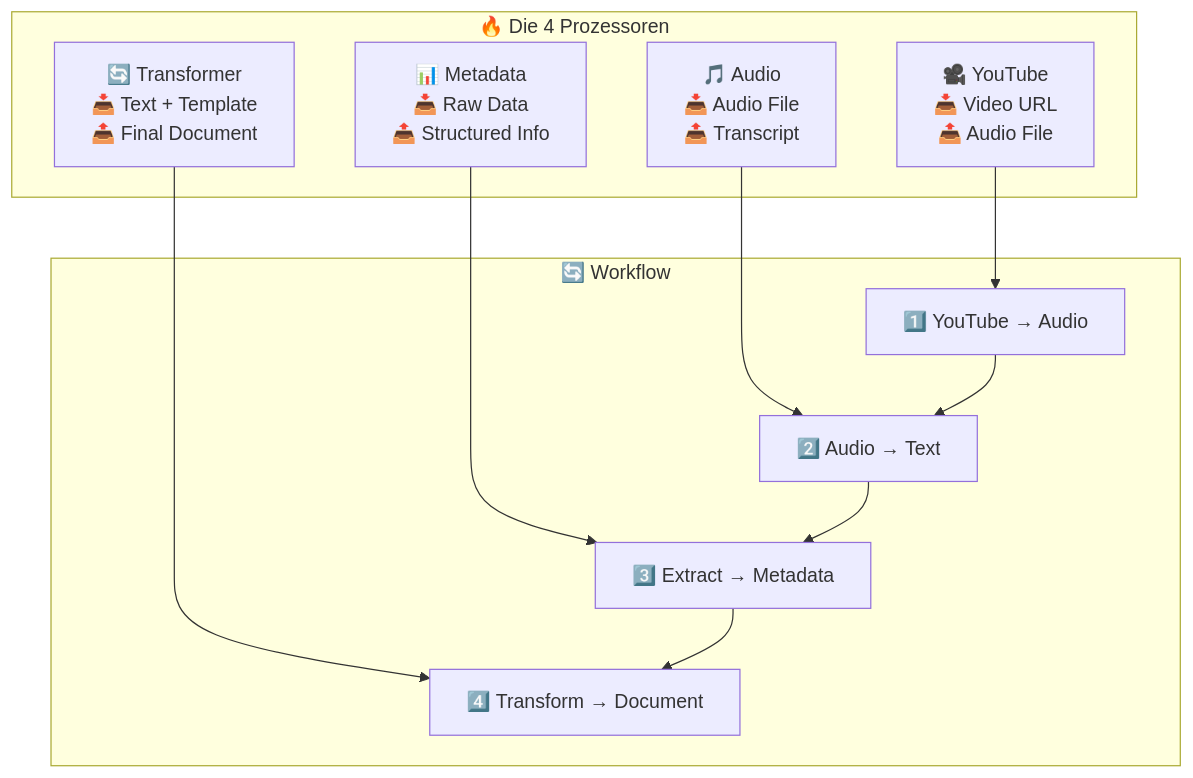
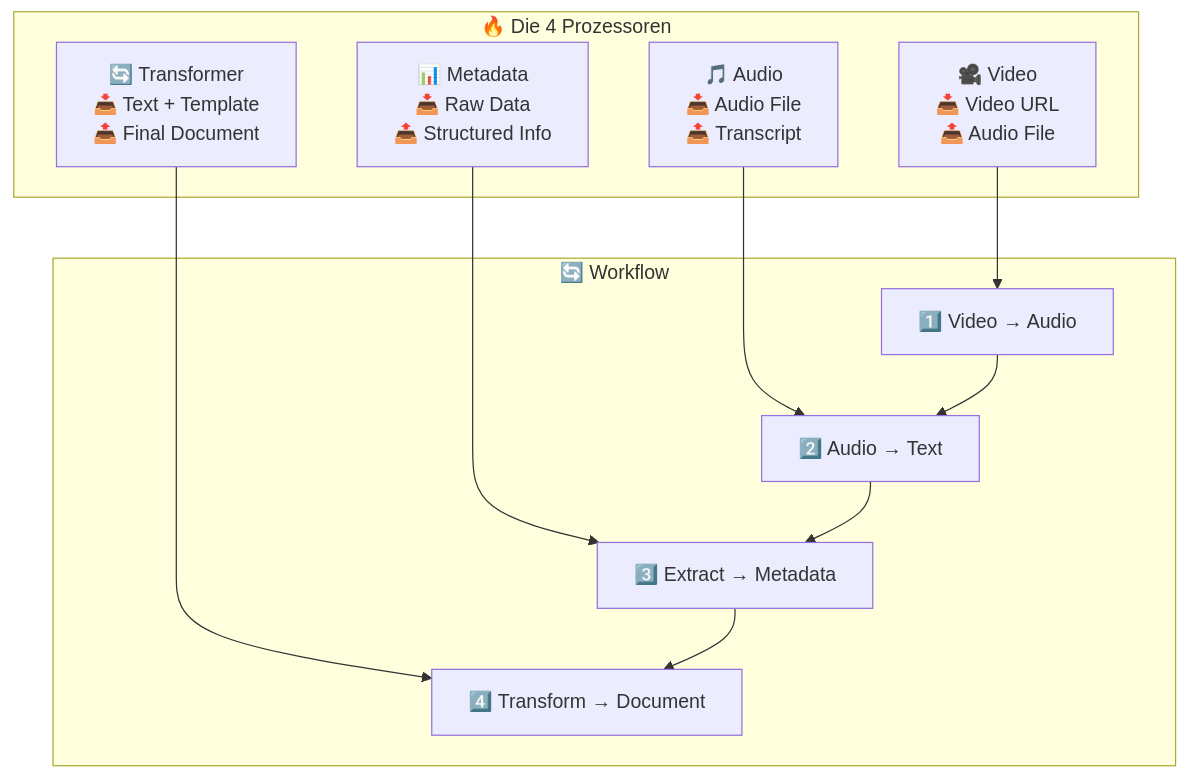
One commit to bCommonsLAB/CommonSecretaryServices changed the fifth of 7 diagrams in docs/powerpoint/Secretary_Services_Präsentation.md. Above: the diagram before and after it, drawn with Mermaid. The commit also changed other lines of this file and 1 other file, not shown here.

````diff
--- a/docs/powerpoint/Secretary_Services_Präsentation.md
+++ b/docs/powerpoint/Secretary_Services_Präsentation.md
@@ -265,25 +265,25 @@
 ```mermaid
 graph TD
     subgraph "🔥 Die 4 Prozessoren"
-        A["🎥 YouTube<br/>📥 Video URL<br/>📤 Audio File"]
+        A["🎥 Video<br/>📥 Video URL<br/>📤 Audio File"]
         B["🎵 Audio<br/>📥 Audio File<br/>📤 Transcript"]
         C["📊 Metadata<br/>📥 Raw Data<br/>📤 Structured Info"]
         D["🔄 Transformer<br/>📥 Text + Template<br/>📤 Final Document"]
     end
     
     subgraph "🔄 Workflow"
-        E["1️⃣ YouTube → Audio"]
+        E["1️⃣ Video → Audio"]
         F["2️⃣ Audio → Text"]
         G["3️⃣ Extract → Metadata"]
         H["4️⃣ Transform → Document"]
     end
     
     A --> E
     B --> F
     C --> G
     D --> H
     
     E --> F
     F --> G
     G --> H
 ```
````
